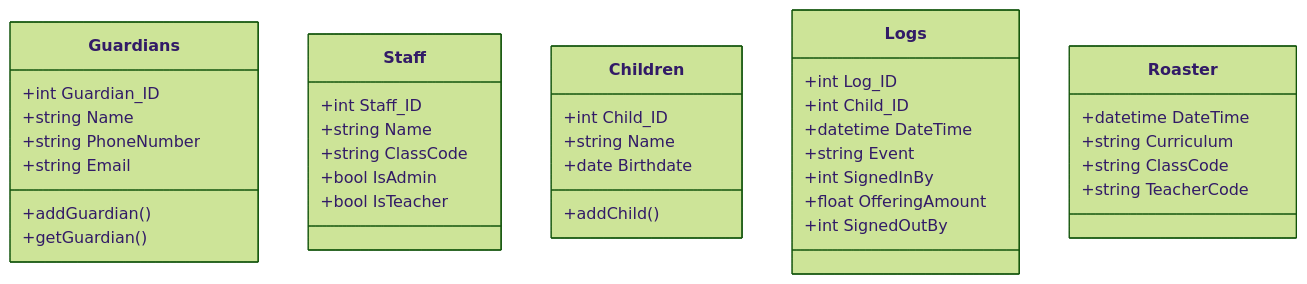
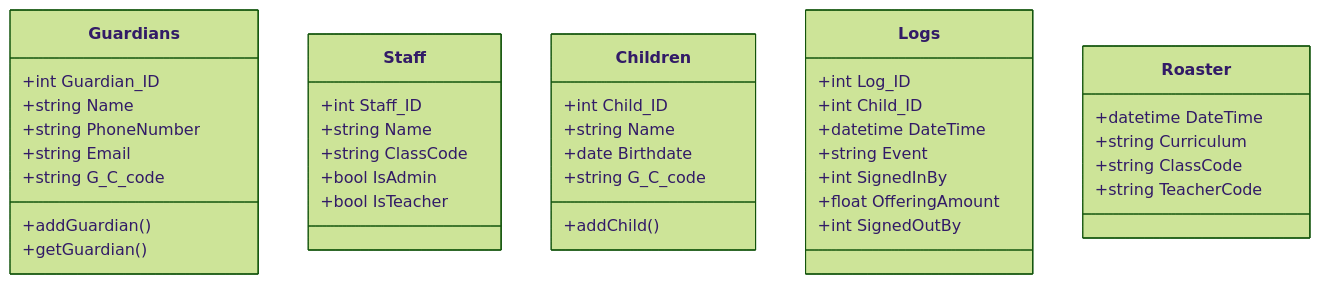
The third of 3 diagrams in Structure.md (Marsuvees/childrens-church-management-and-pickup-system), drawn with Mermaid (forest theme) before and after one commit. The commit also changed other lines of this file, not shown here.

````diff
--- a/Structure.md
+++ b/Structure.md
@@ -89,44 +105,46 @@
 ```mermaid
 classDiagram
     class Guardians {
         +int Guardian_ID
         +string Name
         +string PhoneNumber
         +string Email
+        +string G_C_code
         +addGuardian()
         +getGuardian()
 
     }
     class Staff {
         +int Staff_ID
         +string Name
         +string ClassCode
         +bool IsAdmin
         +bool IsTeacher
     }
     
     class Children {
         +int Child_ID
         +string Name
         +date Birthdate
+        +string G_C_code
         +addChild()
     }
 
     class Logs {
         +int Log_ID
         +int Child_ID
         +datetime DateTime
         +string Event
         +int SignedInBy
         +float OfferingAmount
         +int SignedOutBy
     }
 
     class Roaster {
         +datetime DateTime
         +string Curriculum
         +string ClassCode
         +string TeacherCode
     }
 
 ```
````
